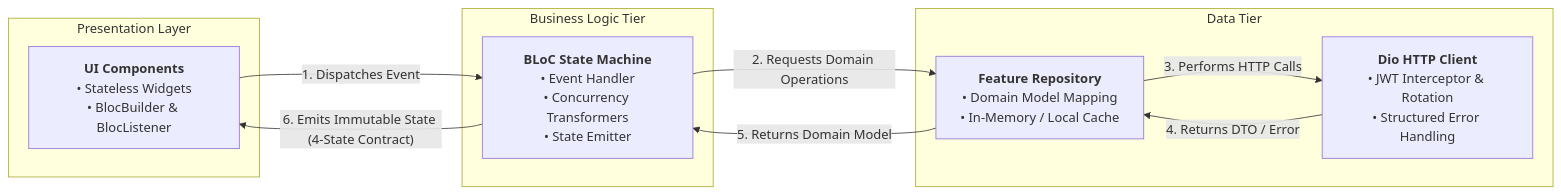
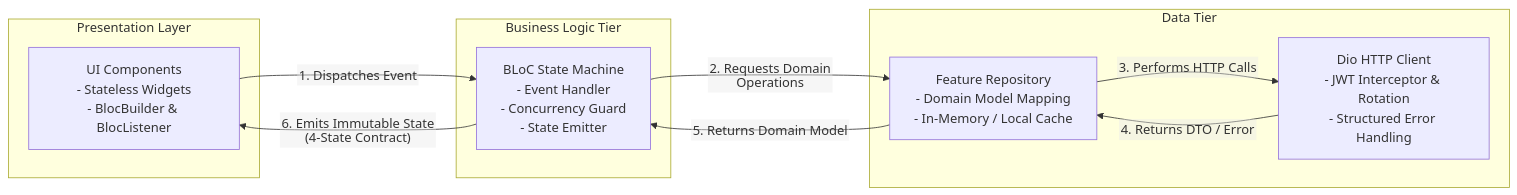
The second of 3 diagrams in README.md (Varian08/smart-local-planner), drawn with Mermaid before and after one commit. The commit also changed other lines of this file and 4 other files, not shown here.

Commit message:
docs(mermaid): disable htmlLabels and remove HTML bold tags to prevent SVG foreignObject text clipping

````diff
--- a/README.md
+++ b/README.md
@@ -89,22 +90,23 @@
 ```mermaid
+%%{init: {'flowchart': {'htmlLabels': false}}}%%
 flowchart LR
     subgraph UI_Layer ["Presentation Layer"]
-        UI["<b>UI Components</b><br/>• Stateless Widgets<br/>• BlocBuilder & BlocListener"]
+        UI["UI Components<br/>- Stateless Widgets<br/>- BlocBuilder & BlocListener"]
     end
 
     subgraph BLoC_Layer ["Business Logic Tier"]
-        Bloc["<b>BLoC State Machine</b><br/>• Event Handler<br/>• Concurrency Transformers<br/>• State Emitter"]
+        Bloc["BLoC State Machine<br/>- Event Handler<br/>- Concurrency Guard<br/>- State Emitter"]
     end
 
     subgraph Data_Layer ["Data Tier"]
-        Repo["<b>Feature Repository</b><br/>• Domain Model Mapping<br/>• In-Memory / Local Cache"]
-        Network["<b>Dio HTTP Client</b><br/>• JWT Interceptor & Rotation<br/>• Structured Error Handling"]
+        Repo["Feature Repository<br/>- Domain Model Mapping<br/>- In-Memory / Local Cache"]
+        Network["Dio HTTP Client<br/>- JWT Interceptor & Rotation<br/>- Structured Error Handling"]
     end
 
     UI -->|"1. Dispatches Event"| Bloc
     Bloc -->|"2. Requests Domain Operations"| Repo
     Repo -->|"3. Performs HTTP Calls"| Network
     Network -->|"4. Returns DTO / Error"| Repo
     Repo -->|"5. Returns Domain Model"| Bloc
     Bloc -->|"6. Emits Immutable State (4-State Contract)"| UI
 ```
````
